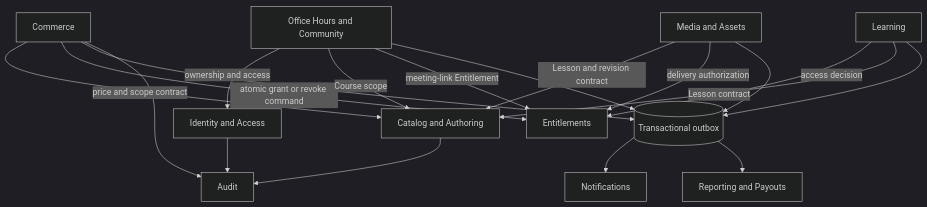
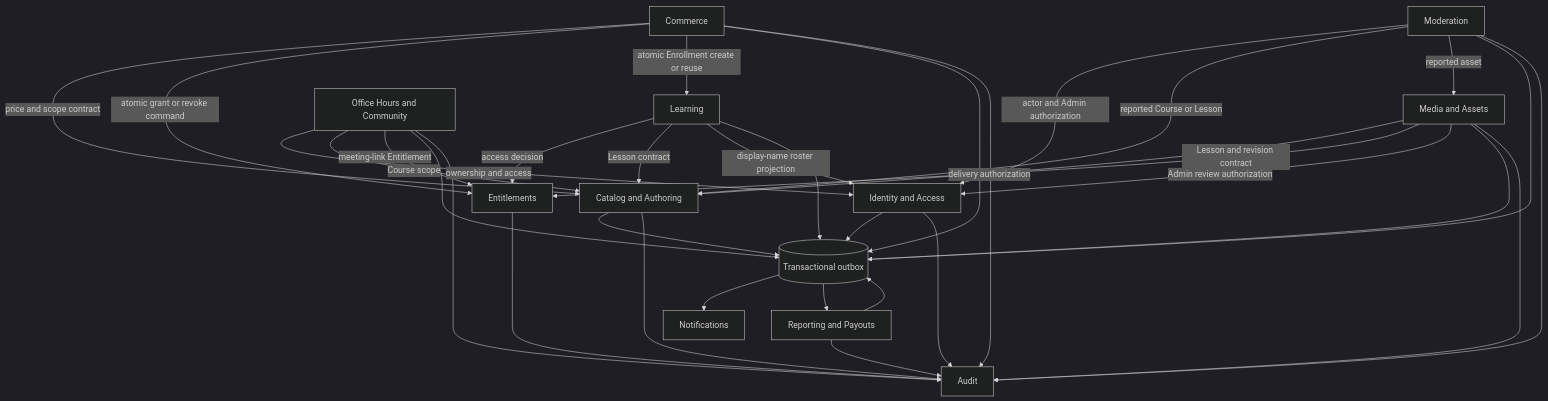
Before and after one commit to Owlah2025/gradex: the second of 3 diagrams in docs/superpowers/specs/2026-07-25-platform-architecture-design.md, drawn with Mermaid (dark theme). The commit also changed other lines of this file and 2 other files, not shown here.

Commit message:
docs: resolve architecture review findings

````diff
--- a/docs/superpowers/specs/2026-07-25-platform-architecture-design.md
+++ b/docs/superpowers/specs/2026-07-25-platform-architecture-design.md
@@ -201,33 +208,49 @@
 ```mermaid
 flowchart TD
     Identity[Identity and Access]
     Catalog[Catalog and Authoring]
     Commerce[Commerce]
     Entitlements[Entitlements]
     Media[Media and Assets]
     Learning[Learning]
     Office[Office Hours and Community]
+    Moderation[Moderation]
     Notify[Notifications]
     Reports[Reporting and Payouts]
     Audit[Audit]
     Outbox[(Transactional outbox)]
 
     Commerce -->|price and scope contract| Catalog
     Commerce -->|atomic grant or revoke command| Entitlements
+    Commerce -->|atomic Enrollment create or reuse| Learning
     Media -->|Lesson and revision contract| Catalog
     Media -->|delivery authorization| Entitlements
+    Media -->|Admin review authorization| Identity
     Learning -->|access decision| Entitlements
     Learning -->|Lesson contract| Catalog
+    Learning -->|display-name roster projection| Identity
     Office -->|ownership and access| Identity
     Office -->|Course scope| Catalog
     Office -->|meeting-link Entitlement| Entitlements
+    Moderation -->|actor and Admin authorization| Identity
+    Moderation -->|reported Course or Lesson| Catalog
+    Moderation -->|reported asset| Media
+    Identity --> Outbox
+    Catalog --> Outbox
     Commerce --> Outbox
     Media --> Outbox
     Learning --> Outbox
     Office --> Outbox
+    Moderation --> Outbox
+    Reports --> Outbox
     Outbox --> Notify
     Outbox --> Reports
     Identity --> Audit
     Catalog --> Audit
+    Media --> Audit
     Commerce --> Audit
+    Entitlements --> Audit
+    Office --> Audit
+    Moderation --> Audit
+    Reports --> Audit
 ```
````
